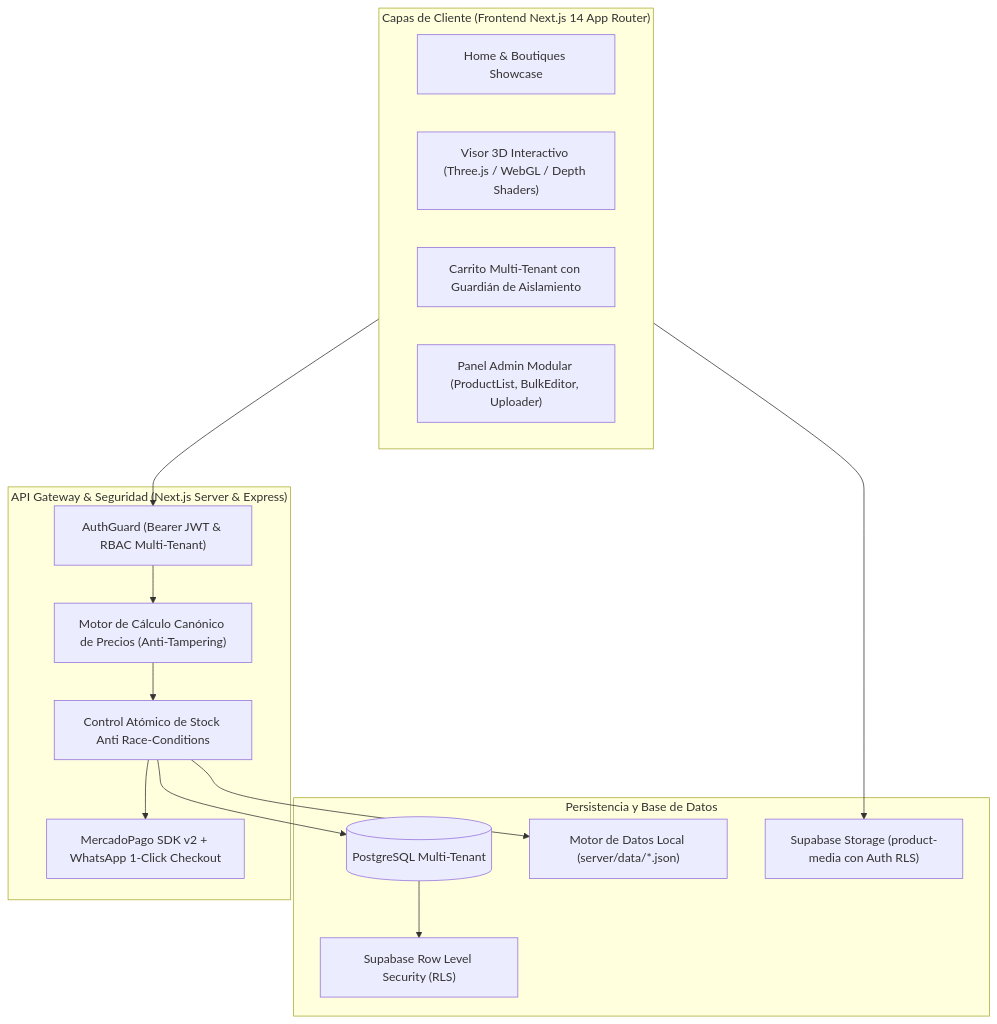
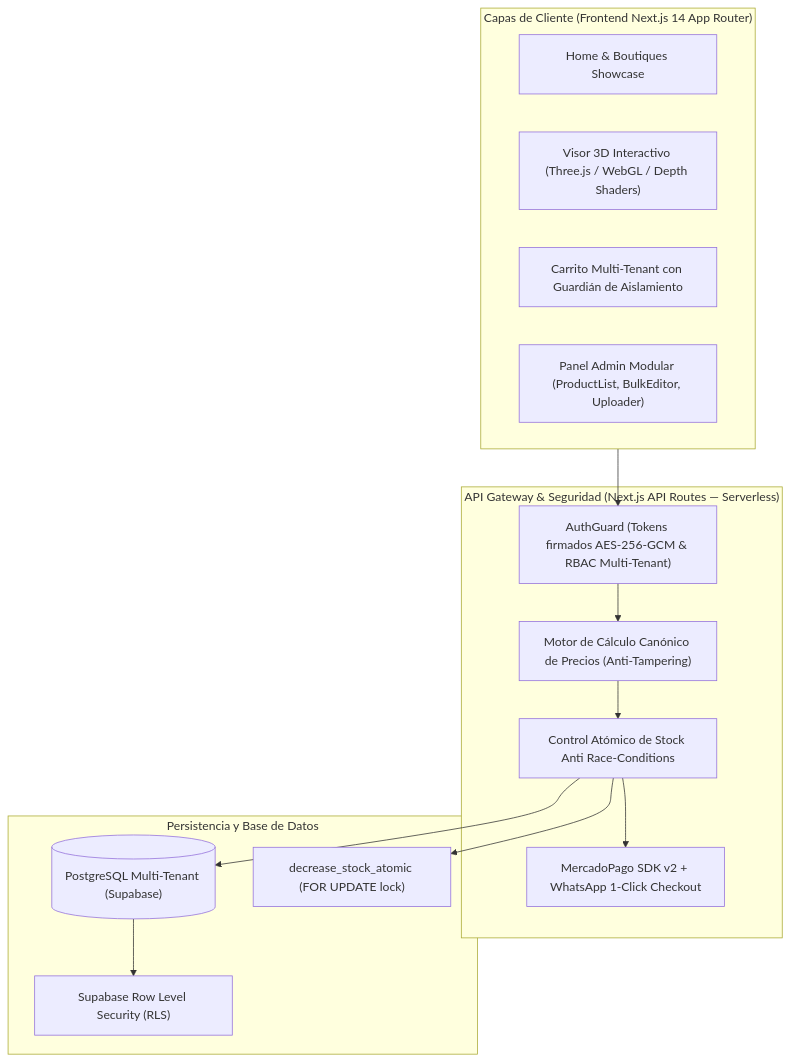
One commit to ExeDevCentral/MultiTiendasCelphone changed the diagram in README.md. Above: the diagram before and after it, drawn with Mermaid. The commit also changed other lines of this file and 31 other files, not shown here.

First line of the commit message:
deploy: preparacion Vercel — API routes migradas a Next.js App Router, Express eliminado

````diff
--- a/README.md
+++ b/README.md
@@ -43,33 +43,31 @@
 ```mermaid
 flowchart TB
     subgraph CLIENT["Capas de Cliente (Frontend Next.js 14 App Router)"]
         UI_HOME["Home & Boutiques Showcase"]
         UI_3D["Visor 3D Interactivo (Three.js / WebGL / Depth Shaders)"]
         UI_CART["Carrito Multi-Tenant con Guardián de Aislamiento"]
         UI_ADMIN["Panel Admin Modular (ProductList, BulkEditor, Uploader)"]
     end
 
-    subgraph API_GATEWAY["API Gateway & Seguridad (Next.js Server & Express)"]
-        AUTH_GUARD["AuthGuard (Bearer JWT & RBAC Multi-Tenant)"]
+    subgraph API_GATEWAY["API Gateway & Seguridad (Next.js API Routes — Serverless)"]
+        AUTH_GUARD["AuthGuard (Tokens firmados AES-256-GCM & RBAC Multi-Tenant)"]
         PRICE_VERIF["Motor de Cálculo Canónico de Precios (Anti-Tampering)"]
         STOCK_CONCUR["Control Atómico de Stock Anti Race-Conditions"]
         MP_INTEG["MercadoPago SDK v2 + WhatsApp 1-Click Checkout"]
     end
 
     subgraph STORAGE_LAYER["Persistencia y Base de Datos"]
-        DB_POSTGRES[("PostgreSQL Multi-Tenant")]
+        DB_POSTGRES[("PostgreSQL Multi-Tenant (Supabase)")]
         SUPABASE_RLS["Supabase Row Level Security (RLS)"]
-        STORAGE_BUCKET["Supabase Storage (product-media con Auth RLS)"]
-        LOCAL_CACHE["Motor de Datos Local (server/data/*.json)"]
+        ATOMIC_FN["decrease_stock_atomic (FOR UPDATE lock)"]
     end
 
     CLIENT --> AUTH_GUARD
     AUTH_GUARD --> PRICE_VERIF
     PRICE_VERIF --> STOCK_CONCUR
     STOCK_CONCUR --> MP_INTEG
     
     STOCK_CONCUR --> DB_POSTGRES
+    STOCK_CONCUR --> ATOMIC_FN
     DB_POSTGRES --> SUPABASE_RLS
-    CLIENT --> STORAGE_BUCKET
-    STOCK_CONCUR --> LOCAL_CACHE
 ```
````
